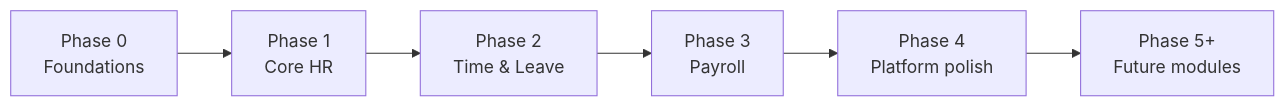
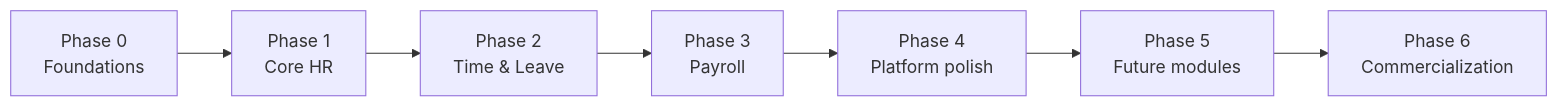
The diagram in docs/09-roadmap.md (aniket-singhal/waailo), drawn with Mermaid before and after one commit. The commit also changed other lines of this file and 50 other files, not shown here.

````diff
--- a/docs/09-roadmap.md
+++ b/docs/09-roadmap.md
@@ -11,8 +11,9 @@
 ```mermaid
 flowchart LR
     P0[Phase 0<br/>Foundations] --> P1[Phase 1<br/>Core HR]
     P1 --> P2[Phase 2<br/>Time & Leave]
     P2 --> P3[Phase 3<br/>Payroll]
     P3 --> P4[Phase 4<br/>Platform polish]
-    P4 --> P5[Phase 5+<br/>Future modules]
+    P4 --> P5[Phase 5<br/>Future modules]
+    P5 --> P6[Phase 6<br/>Commercialization]
 ```
````
